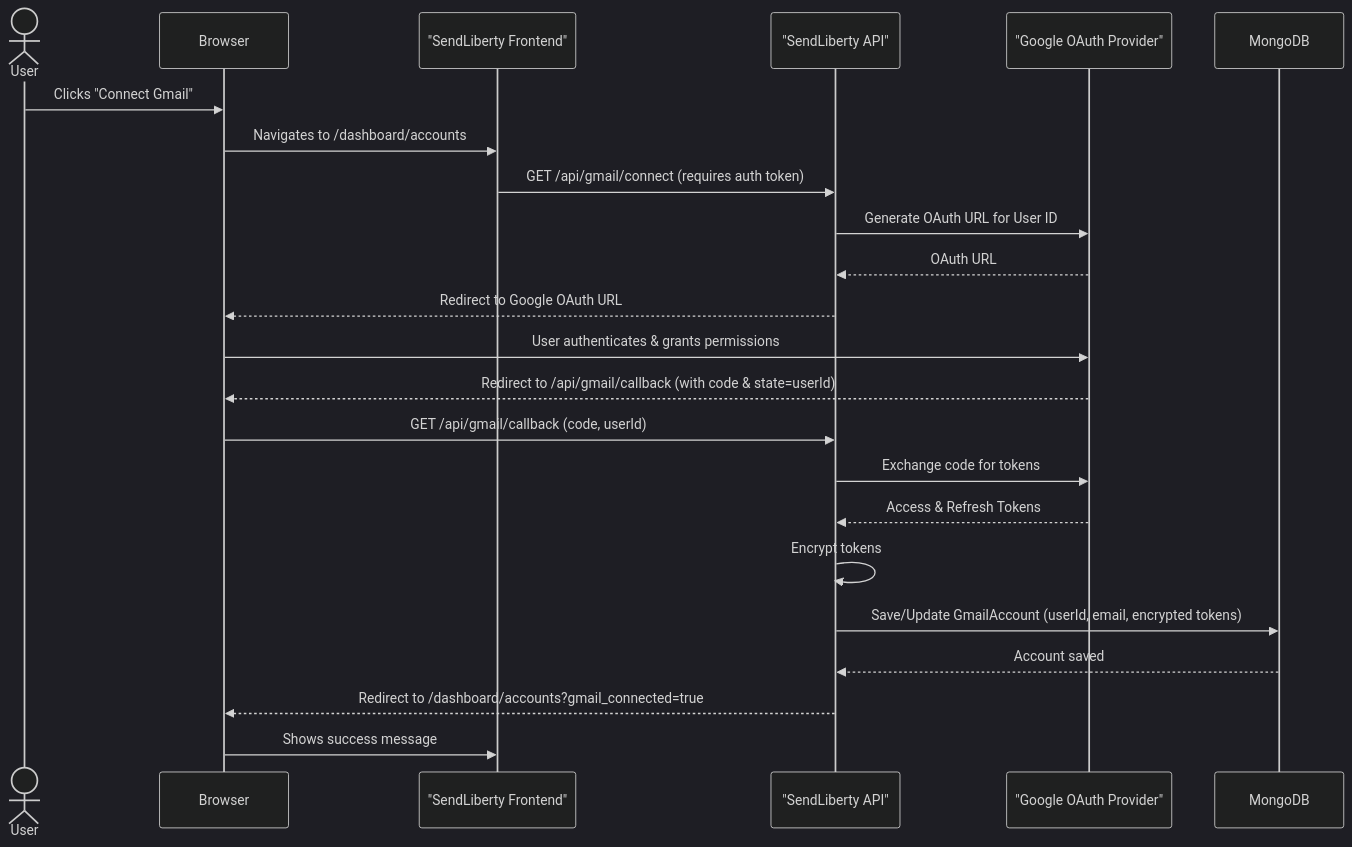
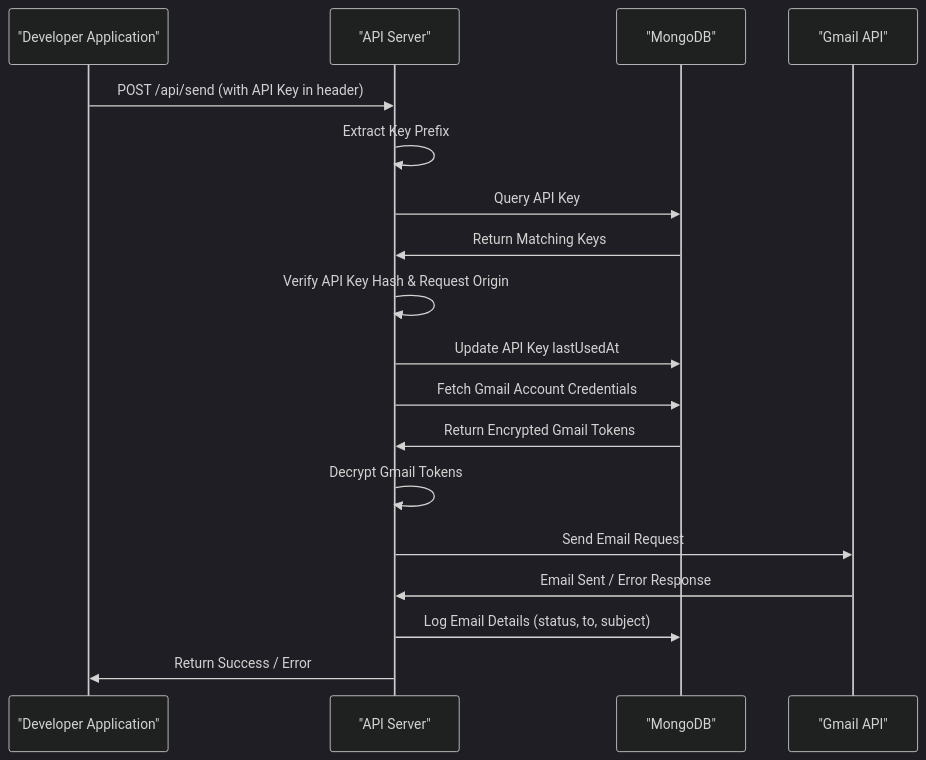
One commit to samueltuoyo15/send-liberty changed the second of 3 diagrams in README.md. Above: the diagram before and after it, drawn with Mermaid (dark theme). The commit also changed other lines of this file and 6 other files, not shown here.

````diff
--- a/README.md
+++ b/README.md
@@ -45,26 +41,21 @@
-    ```mermaid
-    sequenceDiagram
-      actor User
-      participant Browser
-      participant Next.jsApp as "SendLiberty Frontend"
-      participant Next.jsAPI as "SendLiberty API"
-      participant GoogleAuthService as "Google OAuth Provider"
-      participant MongoDB
+```mermaid
+sequenceDiagram
+    participant DevApp as "Developer Application"
+    participant ApiServer as "API Server"
+    participant Database as "MongoDB"
+    participant GmailAPI as "Gmail API"
 
-      User->>Browser: Clicks "Connect Gmail"
-      Browser->>Next.jsApp: Navigates to /dashboard/accounts
-      Next.jsApp->>Next.jsAPI: GET /api/gmail/connect (requires auth token)
-      Next.jsAPI->>GoogleAuthService: Generate OAuth URL for User ID
-      GoogleAuthService-->>Next.jsAPI: OAuth URL
-      Next.jsAPI-->>Browser: Redirect to Google OAuth URL
-      Browser->>GoogleAuthService: User authenticates & grants permissions
-      GoogleAuthService-->>Browser: Redirect to /api/gmail/callback (with code & state=userId)
-      Browser->>Next.jsAPI: GET /api/gmail/callback (code, userId)
-      Next.jsAPI->>GoogleAuthService: Exchange code for tokens
-      GoogleAuthService-->>Next.jsAPI: Access & Refresh Tokens
-      Next.jsAPI->>Next.jsAPI: Encrypt tokens
-      Next.jsAPI->>MongoDB: Save/Update GmailAccount (userId, email, encrypted tokens)
-      MongoDB-->>Next.jsAPI: Account saved
-      Next.jsAPI-->>Browser: Redirect to /dashboard/accounts?gmail_connected=true
-      Browser->>Next.jsApp: Shows success message
-    ```
+    DevApp->>ApiServer: POST /api/send (with API Key in header)
+    ApiServer->>ApiServer: Extract Key Prefix
+    ApiServer->>Database: Query API Key
+    Database->>ApiServer: Return Matching Keys
+    ApiServer->>ApiServer: Verify API Key Hash & Request Origin
+    ApiServer->>Database: Update API Key lastUsedAt
+    ApiServer->>Database: Fetch Gmail Account Credentials
+    Database->>ApiServer: Return Encrypted Gmail Tokens
+    ApiServer->>ApiServer: Decrypt Gmail Tokens
+    ApiServer->>GmailAPI: Send Email Request
+    GmailAPI->>ApiServer: Email Sent / Error Response
+    ApiServer->>Database: Log Email Details (status, to, subject)
+    ApiServer->>DevApp: Return Success / Error
+```
````
